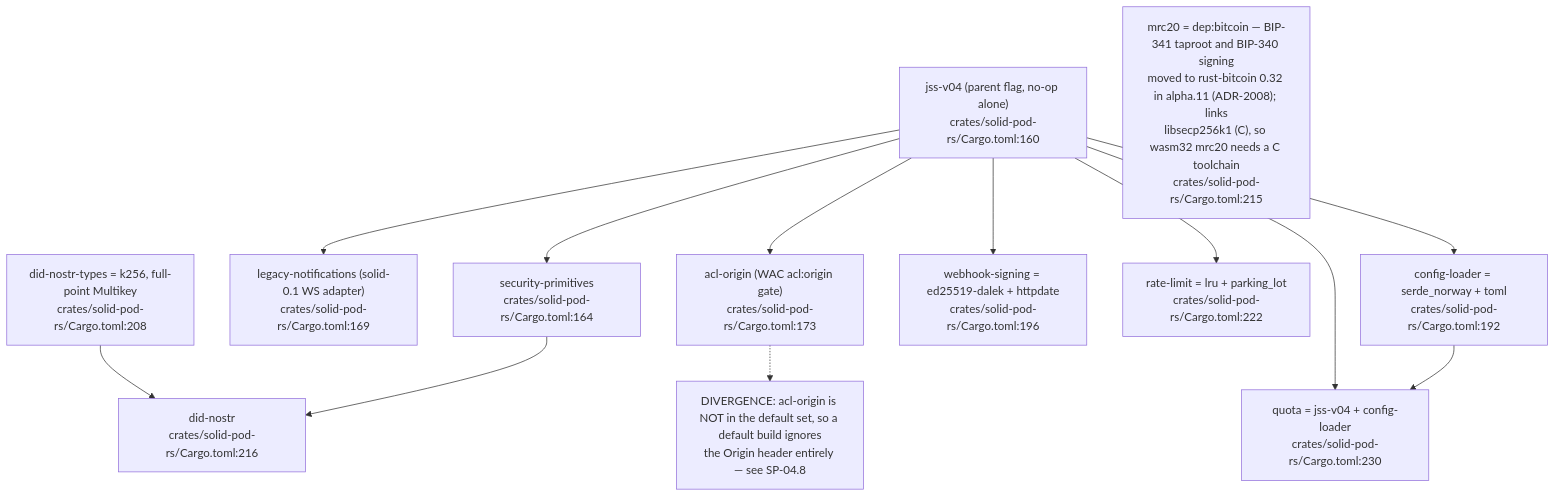
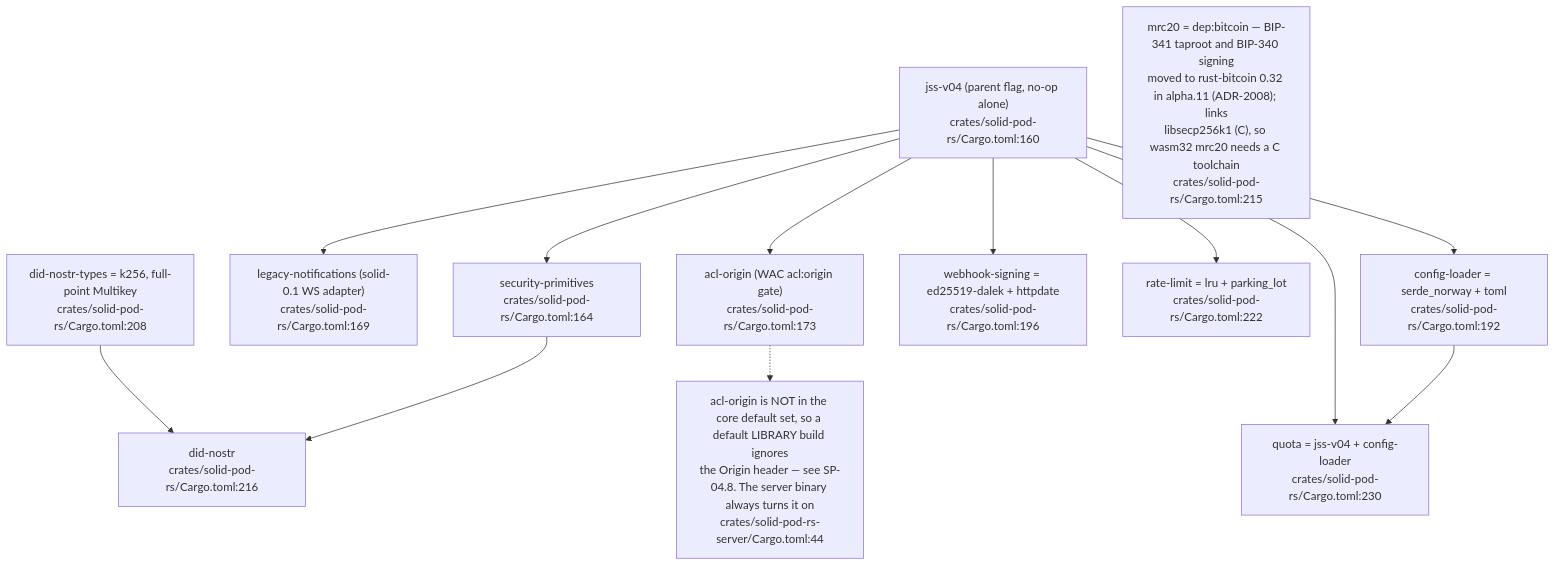
Before and after one commit to DreamLab-AI/VisionFlow: the fifth of 12 diagrams in docs/diagrams/solid-pod-rs/01-workspace-composition.md, drawn with Mermaid. The commit also changed other lines of this file and 47 other files, not shown here.

````diff
--- a/docs/diagrams/solid-pod-rs/01-workspace-composition.md
+++ b/docs/diagrams/solid-pod-rs/01-workspace-composition.md
@@ -161,28 +170,28 @@
 ```mermaid
 flowchart TD
     JSS["jss-v04 (parent flag, no-op alone)<br/>crates/solid-pod-rs/Cargo.toml:160"]
     SP["security-primitives<br/>crates/solid-pod-rs/Cargo.toml:164"]
     LEG["legacy-notifications (solid-0.1 WS adapter)<br/>crates/solid-pod-rs/Cargo.toml:169"]
     ORG["acl-origin (WAC acl:origin gate)<br/>crates/solid-pod-rs/Cargo.toml:173"]
     CFGL["config-loader = serde_norway + toml<br/>crates/solid-pod-rs/Cargo.toml:192"]
     WHS["webhook-signing = ed25519-dalek + httpdate<br/>crates/solid-pod-rs/Cargo.toml:196"]
     RL["rate-limit = lru + parking_lot<br/>crates/solid-pod-rs/Cargo.toml:222"]
     QU["quota = jss-v04 + config-loader<br/>crates/solid-pod-rs/Cargo.toml:230"]
     DNT["did-nostr-types = k256, full-point Multikey<br/>crates/solid-pod-rs/Cargo.toml:208"]
     MR["mrc20 = dep:bitcoin — BIP-341 taproot and BIP-340 signing<br/>moved to rust-bitcoin 0.32 in alpha.11 (ADR-2008); links<br/>libsecp256k1 (C), so wasm32 mrc20 needs a C toolchain<br/>crates/solid-pod-rs/Cargo.toml:215"]
     DN["did-nostr<br/>crates/solid-pod-rs/Cargo.toml:216"]
 
     JSS --> SP
     JSS --> LEG
     JSS --> ORG
     JSS --> CFGL
     JSS --> WHS
     JSS --> RL
     JSS --> QU
     CFGL --> QU
     DNT --> DN
     SP --> DN
 
-    O1["DIVERGENCE: acl-origin is NOT in the default set, so a default build ignores<br/>the Origin header entirely — see SP-04.8"]
+    O1["acl-origin is NOT in the core default set, so a default LIBRARY build ignores<br/>the Origin header — see SP-04.8. The server binary always turns it on<br/>crates/solid-pod-rs-server/Cargo.toml:44"]
     ORG -.-> O1
 ```
````
